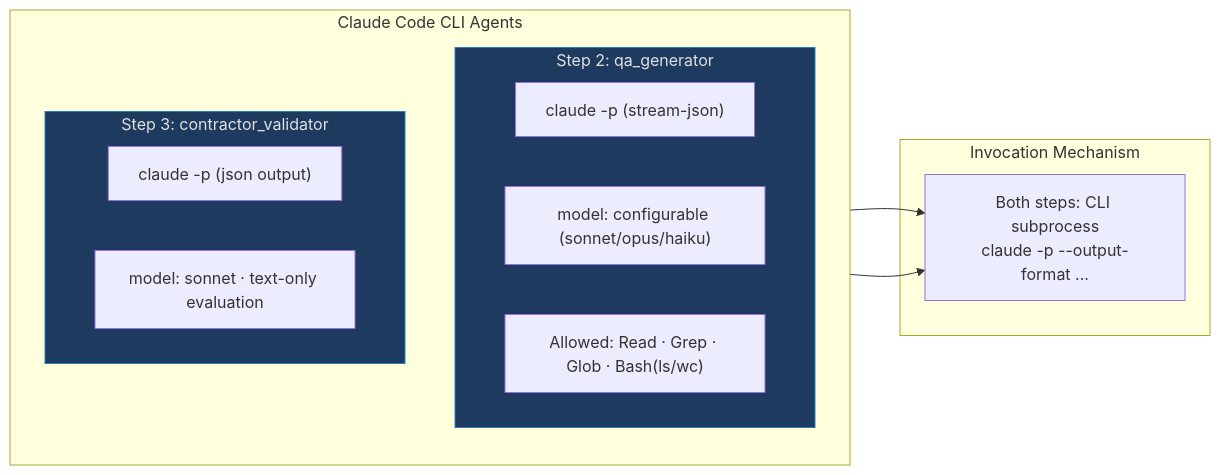
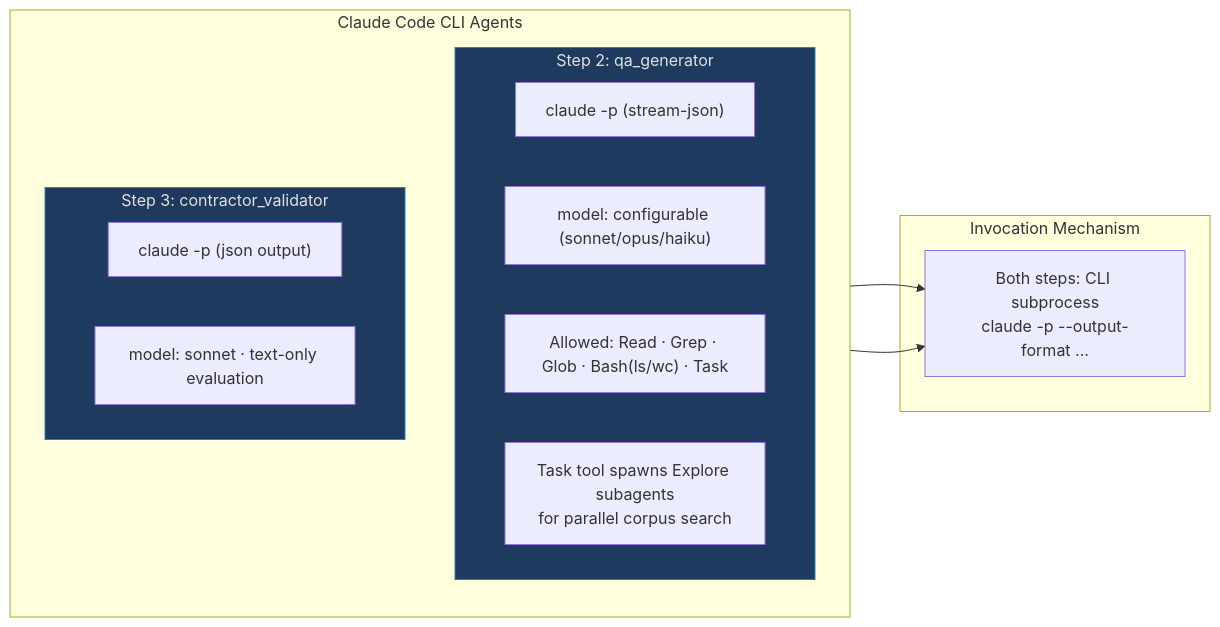
The second of 9 diagrams in architecture.md (magic-data-ops/chunker), drawn with Mermaid before and after one commit. The commit also changed other lines of this file, not shown here.

````diff
--- a/architecture.md
+++ b/architecture.md
@@ -121,27 +127,28 @@
 ```mermaid
 flowchart LR
     subgraph AGENTS["Claude Code CLI Agents"]
         direction TB
 
         subgraph GEN["Step 2: qa_generator"]
             GEN_M["claude -p (stream-json)"]
             GEN_T["model: configurable (sonnet/opus/haiku)"]
-            GEN_P["Allowed: Read · Grep · Glob · Bash(ls/wc)"]
+            GEN_P["Allowed: Read · Grep · Glob · Bash(ls/wc) · Task"]
+            GEN_S["Task tool spawns Explore subagents<br/>for parallel corpus search"]
         end
 
         subgraph CONT["Step 3: contractor_validator"]
             CONT_M["claude -p (json output)"]
             CONT_T["model: sonnet · text-only evaluation"]
         end
     end
 
     subgraph INVOCATION["Invocation Mechanism"]
         I_SUB["Both steps: CLI subprocess<br/>claude -p --output-format ..."]
     end
 
     GEN --> I_SUB
     CONT --> I_SUB
 
     style GEN fill:#1e3a5f,stroke:#2980b9,color:#e0e0e0
     style CONT fill:#1e3a5f,stroke:#2980b9,color:#e0e0e0
 ```
````
